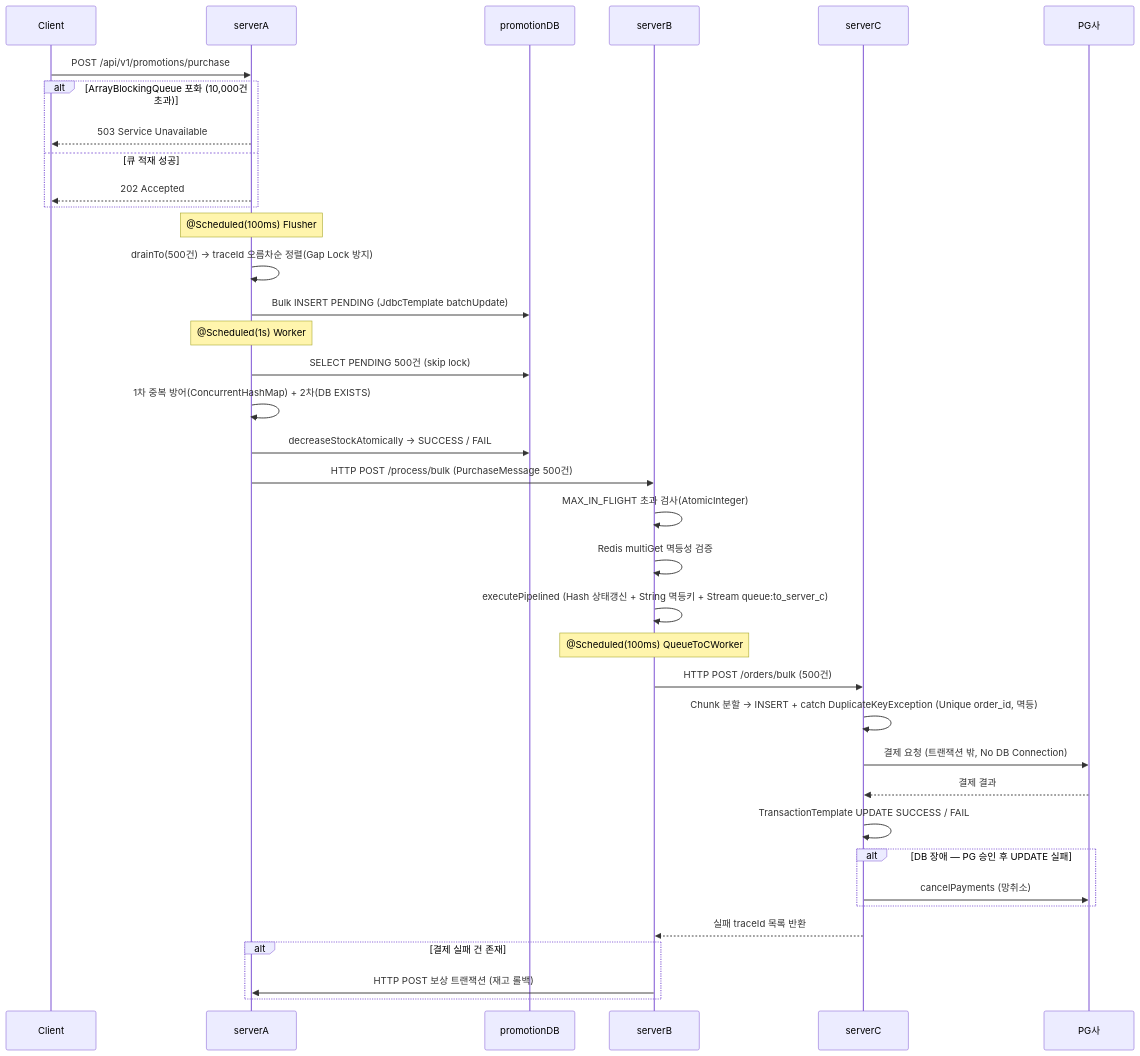
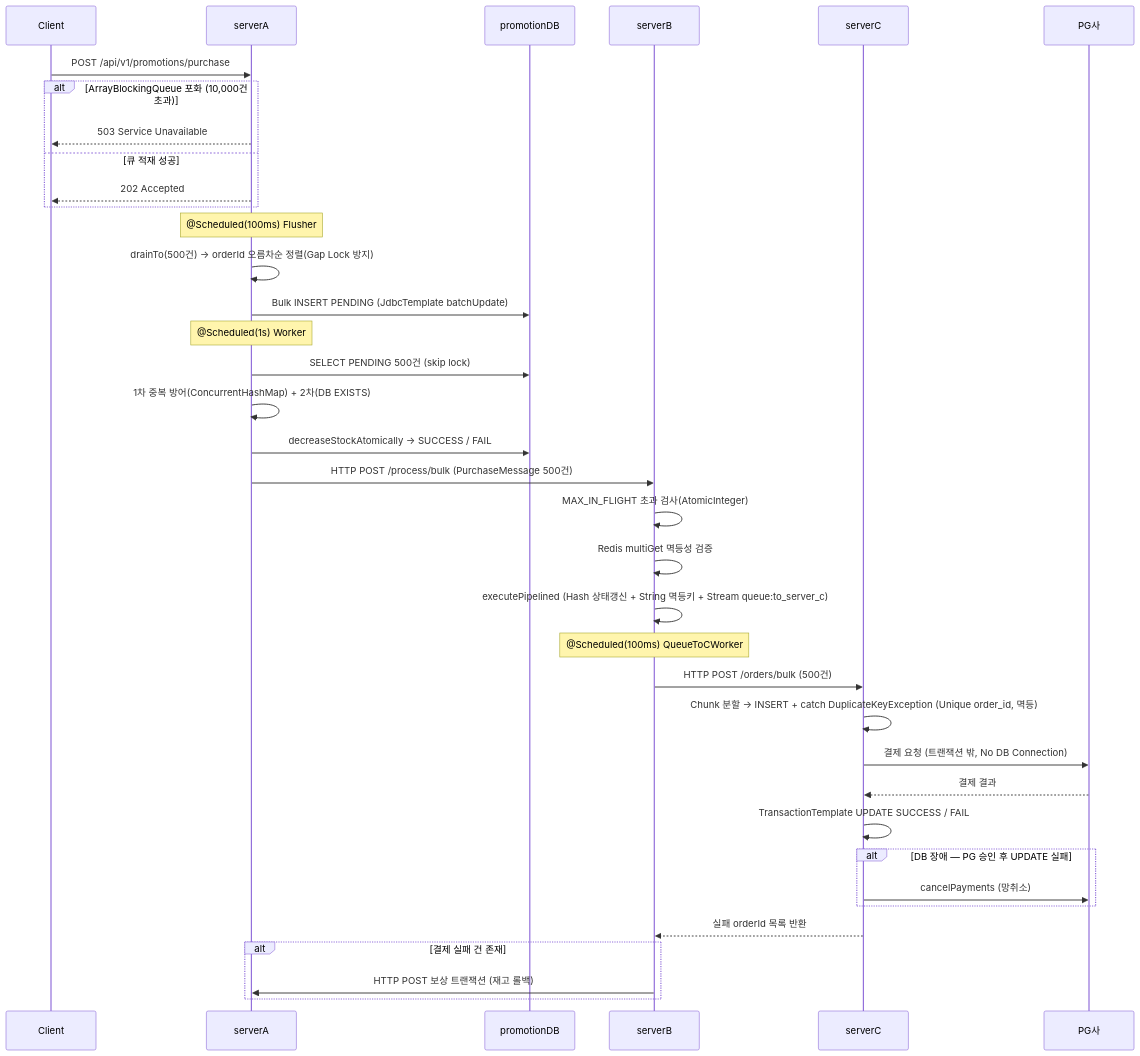
Before and after one commit to michi2012/goods-promotion-project: the first of 3 diagrams in README.md, drawn with Mermaid. The commit also changed other lines of this file and 1 other file, not shown here.

````diff
--- a/README.md
+++ b/README.md
@@ -70,45 +70,45 @@
 ```mermaid
 sequenceDiagram
     participant C as Client
     participant A as serverA
     participant DB_A as promotionDB
     participant B as serverB
     participant SC as serverC
     participant PG as PG사
 
     C->>A: POST /api/v1/promotions/purchase
     alt ArrayBlockingQueue 포화 (10,000건 초과)
         A-->>C: 503 Service Unavailable
     else 큐 적재 성공
         A-->>C: 202 Accepted
     end
 
     Note over A: @Scheduled(100ms) Flusher
-    A->>A: drainTo(500건) → traceId 오름차순 정렬(Gap Lock 방지)
+    A->>A: drainTo(500건) → orderId 오름차순 정렬(Gap Lock 방지)
     A->>DB_A: Bulk INSERT PENDING (JdbcTemplate batchUpdate)
 
     Note over A: @Scheduled(1s) Worker
     A->>DB_A: SELECT PENDING 500건 (skip lock)
     A->>A: 1차 중복 방어(ConcurrentHashMap) + 2차(DB EXISTS)
     A->>DB_A: decreaseStockAtomically → SUCCESS / FAIL
     A->>B: HTTP POST /process/bulk (PurchaseMessage 500건)
 
     B->>B: MAX_IN_FLIGHT 초과 검사(AtomicInteger)
     B->>B: Redis multiGet 멱등성 검증
     B->>B: executePipelined (Hash 상태갱신 + String 멱등키 + Stream queue:to_server_c)
 
     Note over B: @Scheduled(100ms) QueueToCWorker
     B->>SC: HTTP POST /orders/bulk (500건)
     SC->>SC: Chunk 분할 → INSERT + catch DuplicateKeyException (Unique order_id, 멱등)
     SC->>PG: 결제 요청 (트랜잭션 밖, No DB Connection)
     PG-->>SC: 결제 결과
     SC->>SC: TransactionTemplate UPDATE SUCCESS / FAIL
     alt DB 장애 — PG 승인 후 UPDATE 실패
         SC->>PG: cancelPayments (망취소)
     end
-    SC-->>B: 실패 traceId 목록 반환
+    SC-->>B: 실패 orderId 목록 반환
 
     alt 결제 실패 건 존재
         B->>A: HTTP POST 보상 트랜잭션 (재고 롤백)
     end
 ```
````
